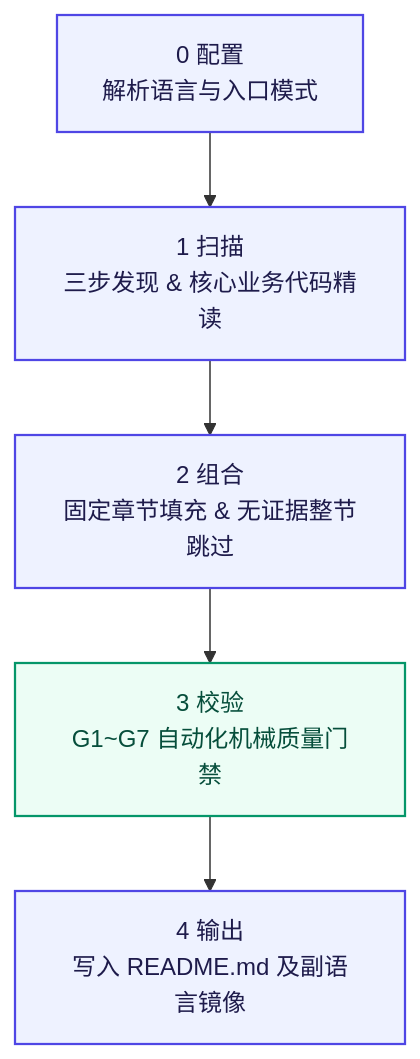
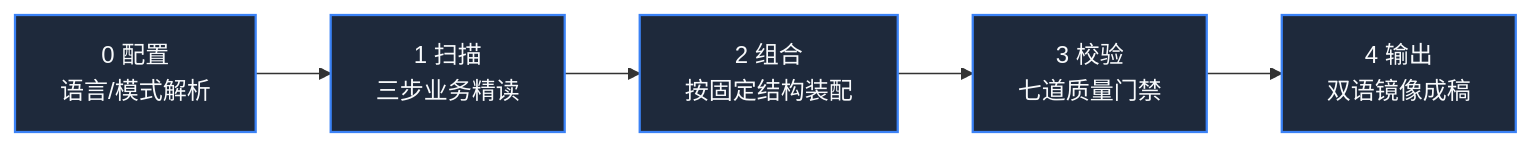
One commit to LINJIANG12/general-readme-skill changed the diagram in README.md. Above: the diagram before and after it, drawn with Mermaid. The commit also changed other lines of this file and 4 other files, not shown here.

````diff
--- a/README.md
+++ b/README.md
@@ -187,13 +136,9 @@
 ```mermaid
-flowchart TD
-    classDef step fill:#EEF2FF,stroke:#4F46E5,stroke-width:1.5px,color:#1E1B4B;
-    classDef gate fill:#ECFDF5,stroke:#059669,stroke-width:1.5px,color:#064E3B;
+flowchart LR
+    P0["0 配置<br/>语言/模式解析"] --> P1["1 扫描<br/>三步业务精读"]
+    P1 --> P2["2 组合<br/>按固定结构装配"]
+    P2 --> P3["3 校验<br/>七道质量门禁"]
+    P3 --> P4["4 输出<br/>双语镜像成稿"]
 
-    P0["0 配置<br/>解析语言与入口模式"]:::step
-    P1["1 扫描<br/>三步发现 & 核心业务代码精读"]:::step
-    P2["2 组合<br/>固定章节填充 & 无证据整节跳过"]:::step
-    P3["3 校验<br/>G1~G7 自动化机械质量门禁"]:::gate
-    P4["4 输出<br/>写入 README.md 及副语言镜像"]:::step
-
-    P0 --> P1 --> P2 --> P3 --> P4
+    classDef default fill:#1e293b,stroke:#3b82f6,stroke-width:1.5px,color:#f8fafc;
 ```
````
